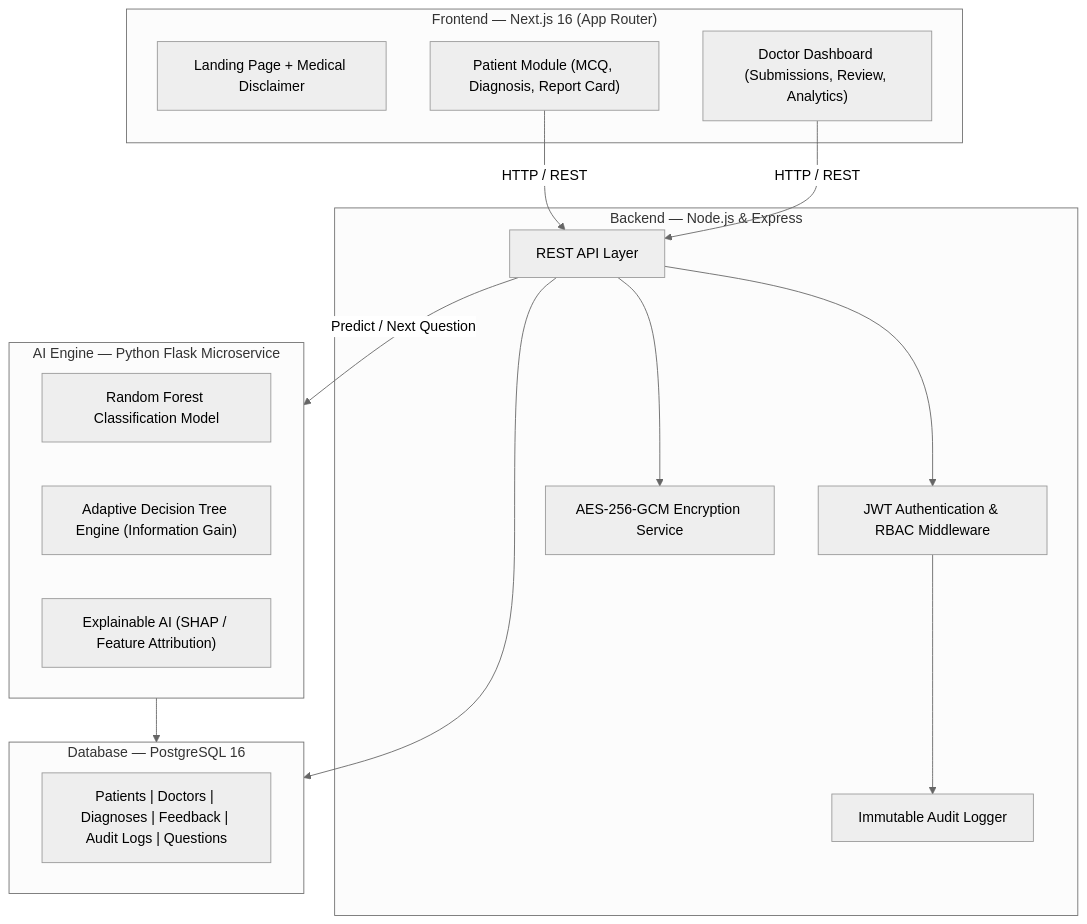
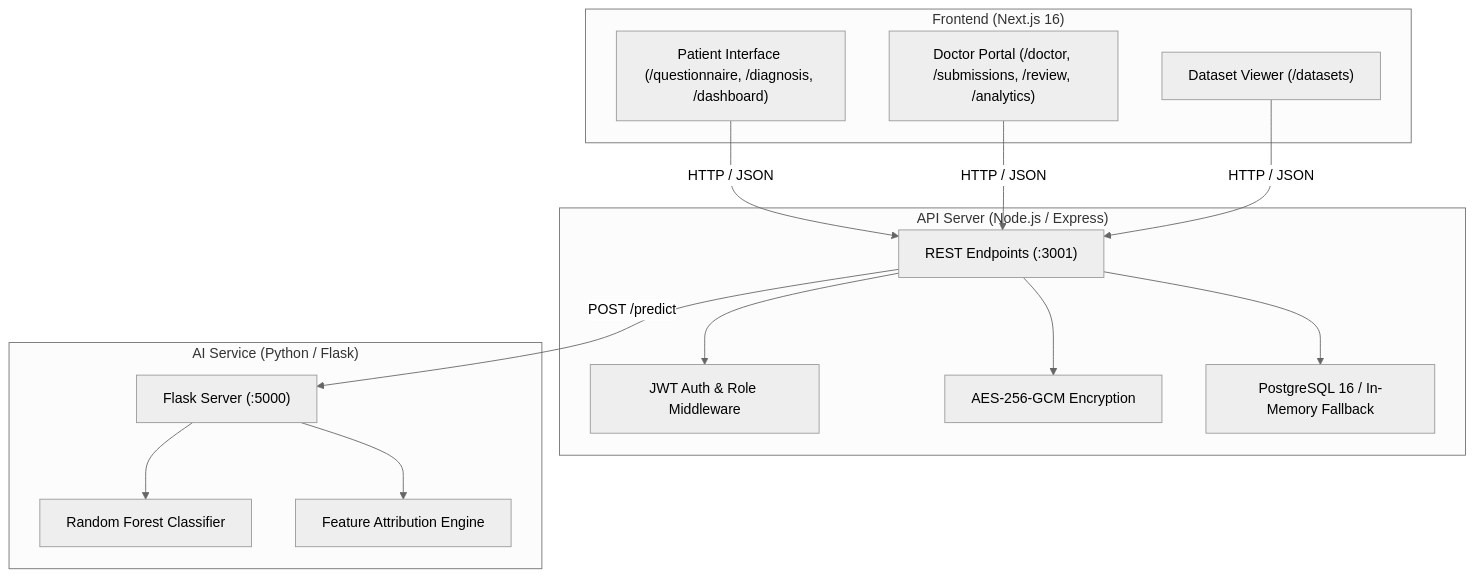
Before and after one commit to yash23082007/Mediscan-AI: the diagram in README.md, drawn with Mermaid (neutral theme). The commit also changed other lines of this file and 25 other files, not shown here.

````diff
--- a/README.md
+++ b/README.md
@@ -66,33 +27,31 @@
 ```mermaid
 graph TB
-    subgraph Client["Frontend — Next.js 16 (App Router)"]
-        Landing["Landing Page + Medical Disclaimer"]
-        PatientUI["Patient Module (MCQ, Diagnosis, Report Card)"]
-        DoctorUI["Doctor Dashboard (Submissions, Review, Analytics)"]
+    subgraph Frontend["Frontend (Next.js 16)"]
+        UI_Patient["Patient Interface (/questionnaire, /diagnosis, /dashboard)"]
+        UI_Doctor["Doctor Portal (/doctor, /submissions, /review, /analytics)"]
+        UI_Datasets["Dataset Viewer (/datasets)"]
     end
 
-    subgraph Backend["Backend — Node.js & Express"]
-        API["REST API Layer"]
-        Auth["JWT Authentication & RBAC Middleware"]
-        Crypto["AES-256-GCM Encryption Service"]
-        Audit["Immutable Audit Logger"]
+    subgraph Backend["API Server (Node.js / Express)"]
+        API["REST Endpoints (:3001)"]
+        Auth["JWT Auth & Role Middleware"]
+        Crypto["AES-256-GCM Encryption"]
+        Storage["PostgreSQL 16 / In-Memory Fallback"]
     end
 
-    subgraph AI["AI Engine — Python Flask Microservice"]
-        Classifier["Random Forest Classification Model"]
-        Tree["Adaptive Decision Tree Engine (Information Gain)"]
-        XAI["Explainable AI (SHAP / Feature Attribution)"]
+    subgraph ML["AI Service (Python / Flask)"]
+        Flask["Flask Server (:5000)"]
+        Model["Random Forest Classifier"]
+        Explainer["Feature Attribution Engine"]
     end
 
-    subgraph DB["Database — PostgreSQL 16"]
-        Tables["Patients | Doctors | Diagnoses | Feedback | Audit Logs | Questions"]
-    end
-
-    PatientUI -->|HTTP / REST| API
-    DoctorUI -->|HTTP / REST| API
-    API --> Auth --> Audit
+    UI_Patient -->|HTTP / JSON| API
+    UI_Doctor -->|HTTP / JSON| API
+    UI_Datasets -->|HTTP / JSON| API
+    API --> Auth
     API --> Crypto
-    API -->|Predict / Next Question| AI
-    API --> DB
-    AI --> DB
+    API --> Storage
+    API -->|POST /predict| Flask
+    Flask --> Model
+    Flask --> Explainer
 ```
````
